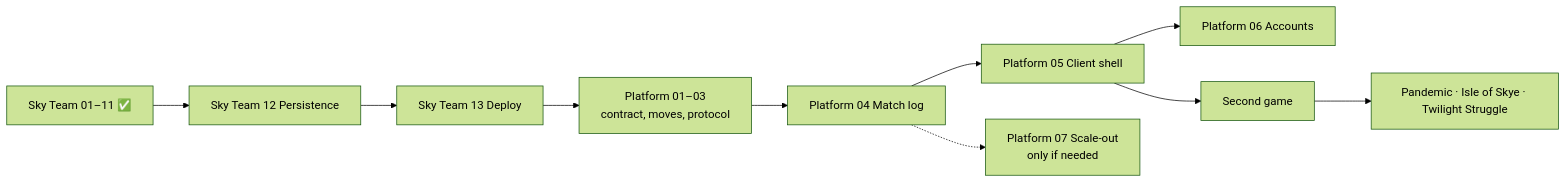
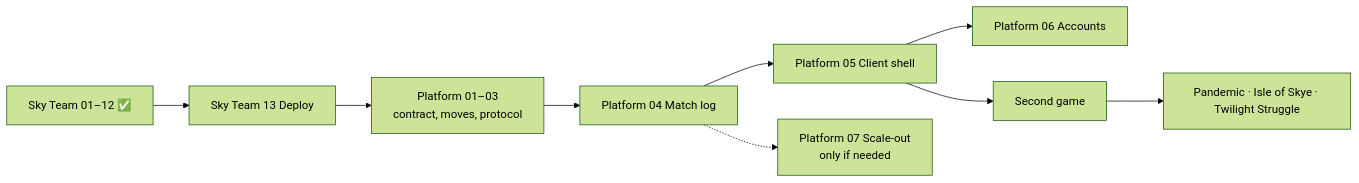
Before and after one commit to thawmisntme4081/boardgame: the diagram in docs/PLAN.md, drawn with Mermaid (forest theme). The commit also changed other lines of this file and 17 other files, not shown here.

````diff
--- a/docs/PLAN.md
+++ b/docs/PLAN.md
@@ -34,10 +34,10 @@
 ```mermaid
 flowchart LR
-  ST[Sky Team 01–11 ✅] --> ST12[Sky Team 12 Persistence] --> ST13[Sky Team 13 Deploy]
+  ST[Sky Team 01–12 ✅] --> ST13[Sky Team 13 Deploy]
   ST13 --> P1[Platform 01–03<br/>contract, moves, protocol]
   P1 --> P4[Platform 04 Match log] --> P5[Platform 05 Client shell]
   P5 --> P6[Platform 06 Accounts]
   P5 --> G2[Second game]
   G2 --> BIG[Pandemic · Isle of Skye · Twilight Struggle]
   P4 -.-> P7[Platform 07 Scale-out<br/>only if needed]
 ```
````
